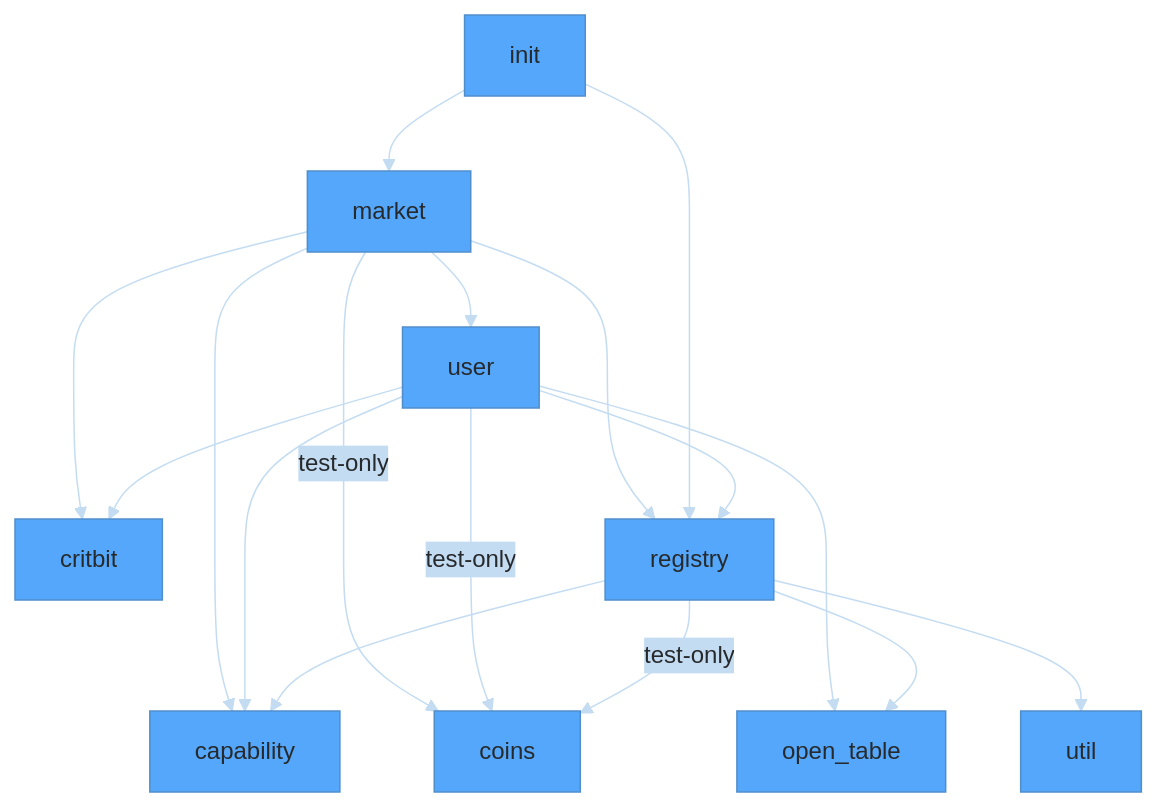
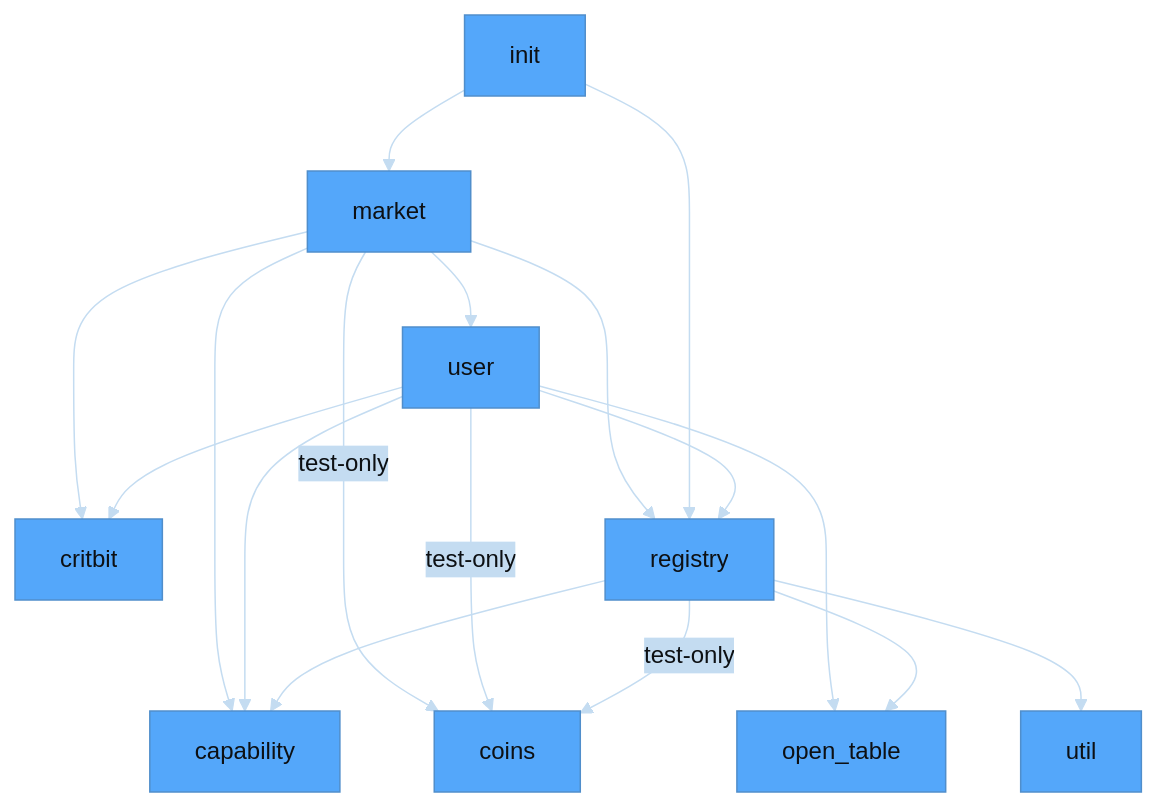
One commit to econia-labs/econia changed the diagram in doc/doc-site/modules.md. Above: the diagram before and after it, drawn with Mermaid.

Commit message:
Update primary text color on graph

````diff
--- a/doc/doc-site/modules.md
+++ b/doc/doc-site/modules.md
@@ -17,24 +17,24 @@
 ```mermaid
 
-%%{init: {'theme': 'base', 'themeVariables': {'primaryColor': '#54a7fa', 'lineColor': '#c4dcf1', 'primaryTextColor': '#272a2d', 'secondaryColor': '#c4dcf1'}}}%%
+%%{init: {'theme': 'base', 'themeVariables': {'primaryColor': '#54a7fa', 'lineColor': '#c4dcf1', 'primaryTextColor': '#0d1013', 'secondaryColor': '#c4dcf1'}}}%%
 
 flowchart TD
 
     market --> critbit
     market --> registry
     market --> capability
     market --> |test-only| coins
     market --> user
     init --> registry
     init --> market
     user --> capability
     user --> critbit
     user --> open_table
     user --> registry
     user --> |test-only| coins
     registry --> capability
     registry --> |test-only| coins
     registry --> open_table
     registry --> util
 
 ```
````
